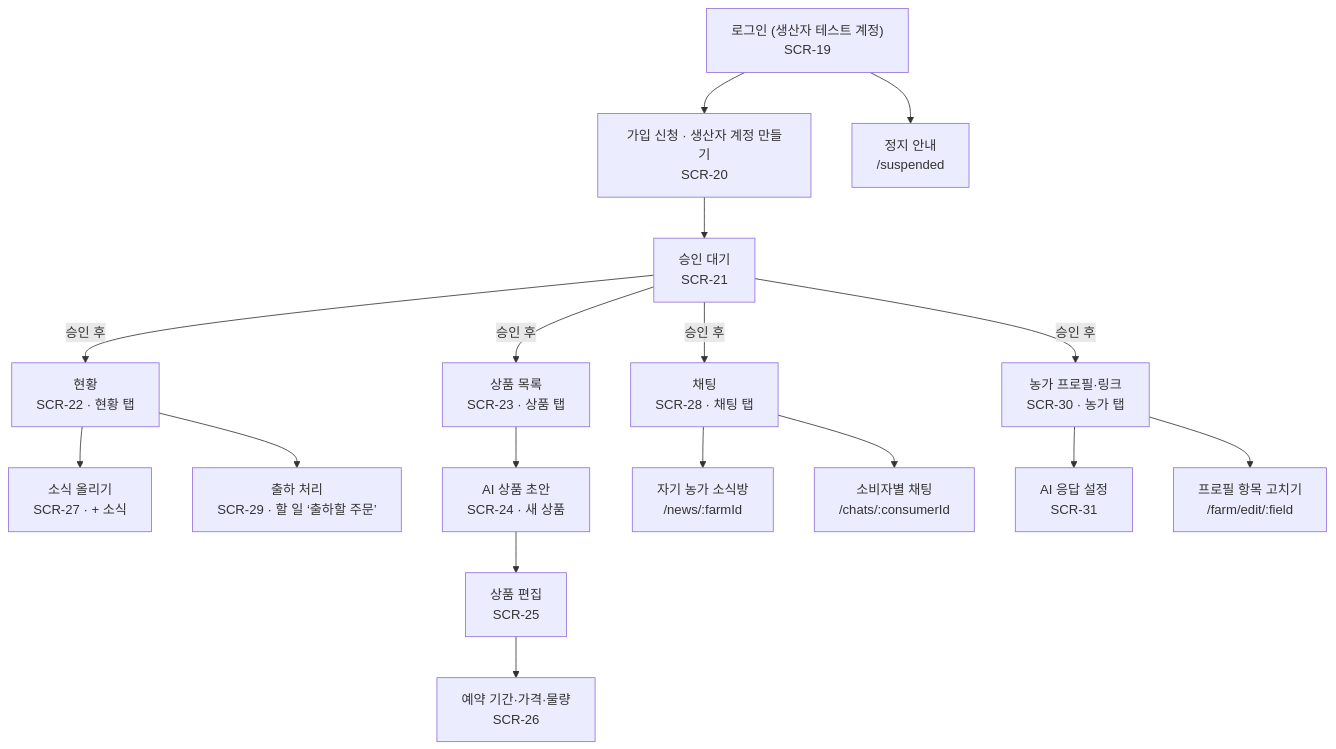
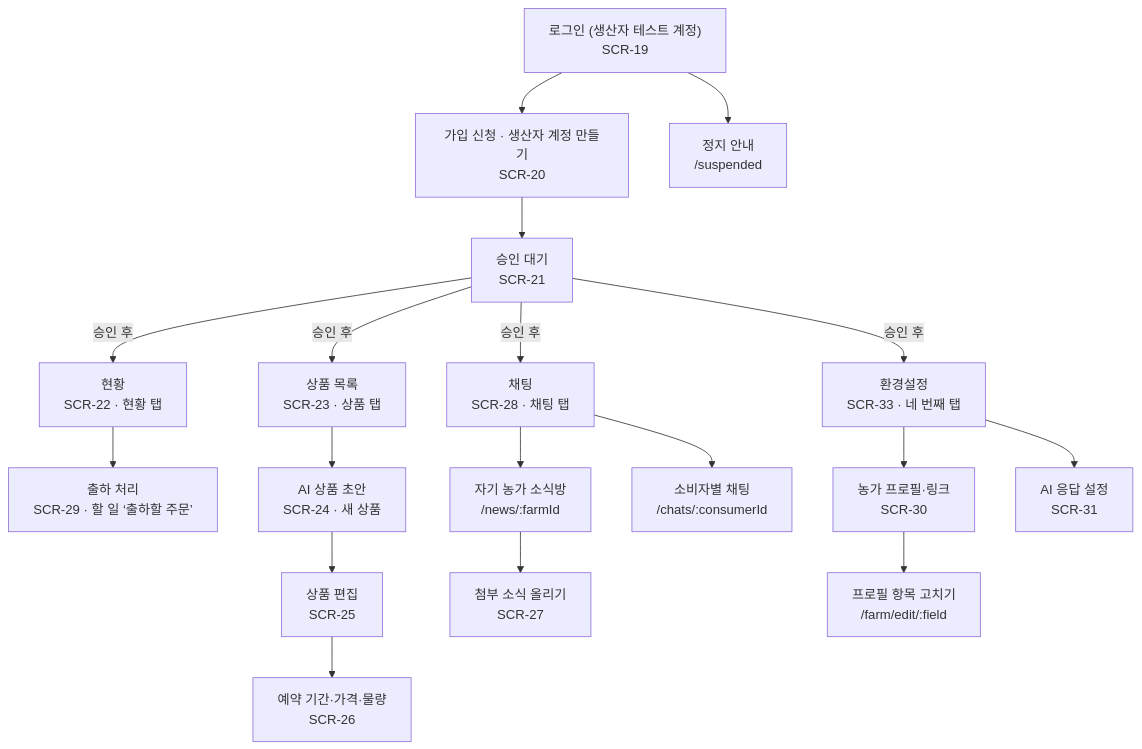
One commit to snuhcs-course/swpp-2026-project-team-06 changed the second of 4 diagrams in docs/spec/ia.md. Above: the diagram before and after it, drawn with Mermaid. The commit also changed other lines of this file and 20 other files, not shown here.

````diff
--- a/docs/spec/ia.md
+++ b/docs/spec/ia.md
@@ -49,16 +49,17 @@
 ```mermaid
 flowchart TD
   login["로그인 (생산자 테스트 계정)<br/>SCR-19"] --> apply["가입 신청 · 생산자 계정 만들기<br/>SCR-20"] --> pending["승인 대기<br/>SCR-21"]
   login --> suspended["정지 안내<br/>/suspended"]
   pending -- 승인 후 --> home["현황<br/>SCR-22 · 현황 탭"]
   pending -- 승인 후 --> products["상품 목록<br/>SCR-23 · 상품 탭"]
   pending -- 승인 후 --> questions["채팅<br/>SCR-28 · 채팅 탭"]
-  pending -- 승인 후 --> farmtab["농가 프로필·링크<br/>SCR-30 · 농가 탭"]
-  home --> broadcast["소식 올리기<br/>SCR-27 · + 소식"]
+  pending -- 승인 후 --> settings["환경설정<br/>SCR-33 · 네 번째 탭"]
+  settings --> farmtab["농가 프로필·링크<br/>SCR-30"]
+  room --> broadcast["첨부 소식 올리기<br/>SCR-27"]
   home --> ship["출하 처리<br/>SCR-29 · 할 일 ‘출하할 주문’"]
   questions --> room["자기 농가 소식방<br/>/news/:farmId"]
-  farmtab --> ai["AI 응답 설정<br/>SCR-31"]
+  settings --> ai["AI 응답 설정<br/>SCR-31"]
   questions --> qchat["소비자별 채팅<br/>/chats/:consumerId"]
   farmtab --> fedit["프로필 항목 고치기<br/>/farm/edit/:field"]
   products --> draft["AI 상품 초안<br/>SCR-24 · 새 상품"] --> edit["상품 편집<br/>SCR-25"] --> stages["예약 기간·가격·물량<br/>SCR-26"]
 ```
````
